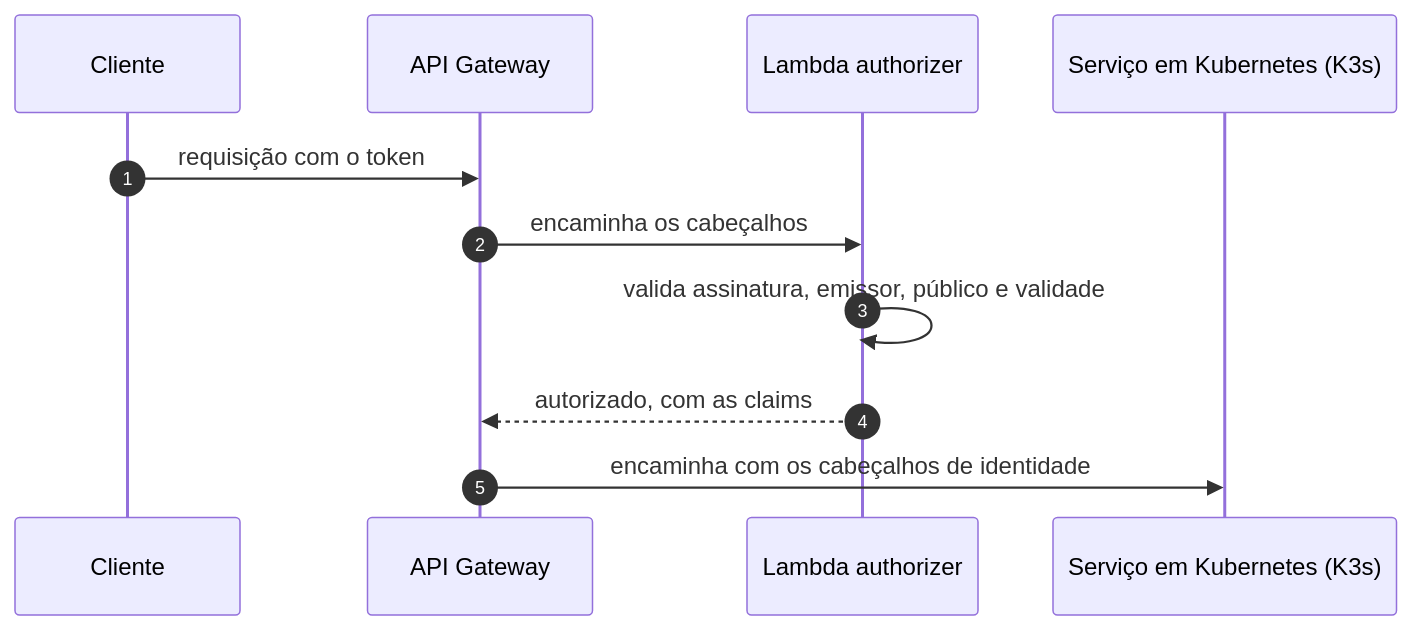
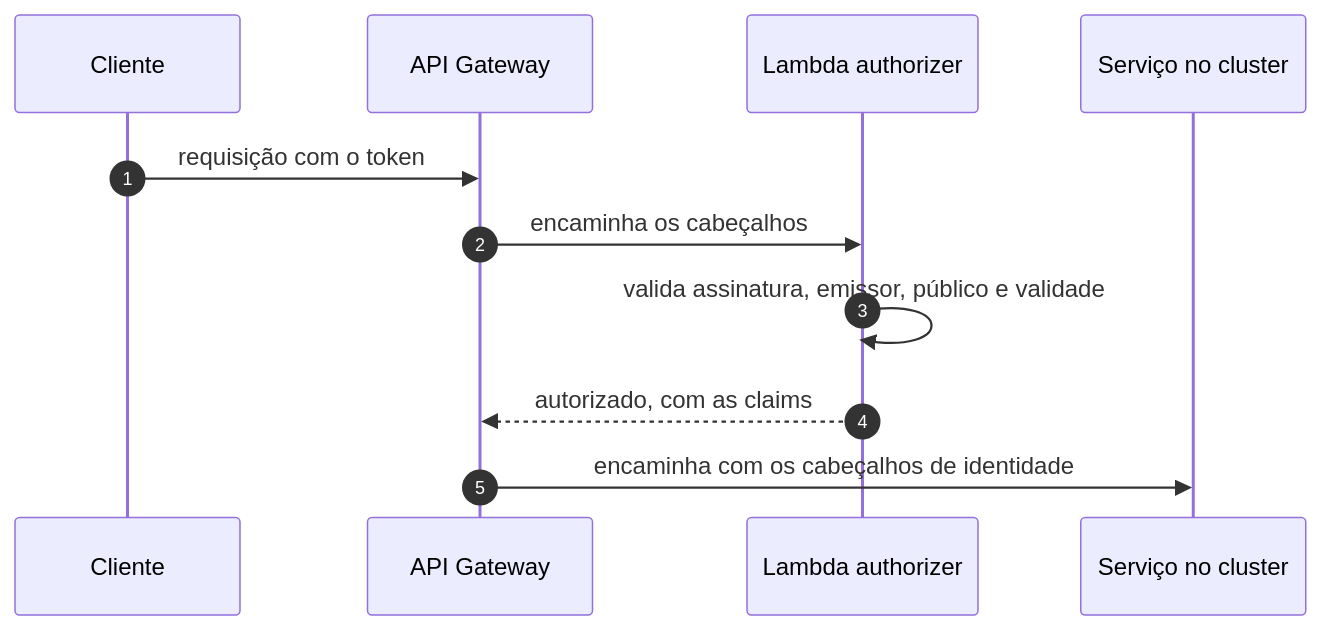
Before and after one commit to fabianorodrigues/oficina-auth-lambda-fiap-fase4: the third of 3 diagrams in README.md, drawn with Mermaid. The commit also changed other lines of this file, not shown here.

````diff
--- a/README.md
+++ b/README.md
@@ -100,14 +157,14 @@
 ```mermaid
 sequenceDiagram
     autonumber
     participant C as Cliente
     participant G as API Gateway
     participant A as Lambda authorizer
-    participant B as Serviço em Kubernetes (K3s)
+    participant S as Serviço no cluster
 
     C->>G: requisição com o token
     G->>A: encaminha os cabeçalhos
     A->>A: valida assinatura, emissor, público e validade
     A-->>G: autorizado, com as claims
-    G->>B: encaminha com os cabeçalhos de identidade
+    G->>S: encaminha com os cabeçalhos de identidade
 ```
````
